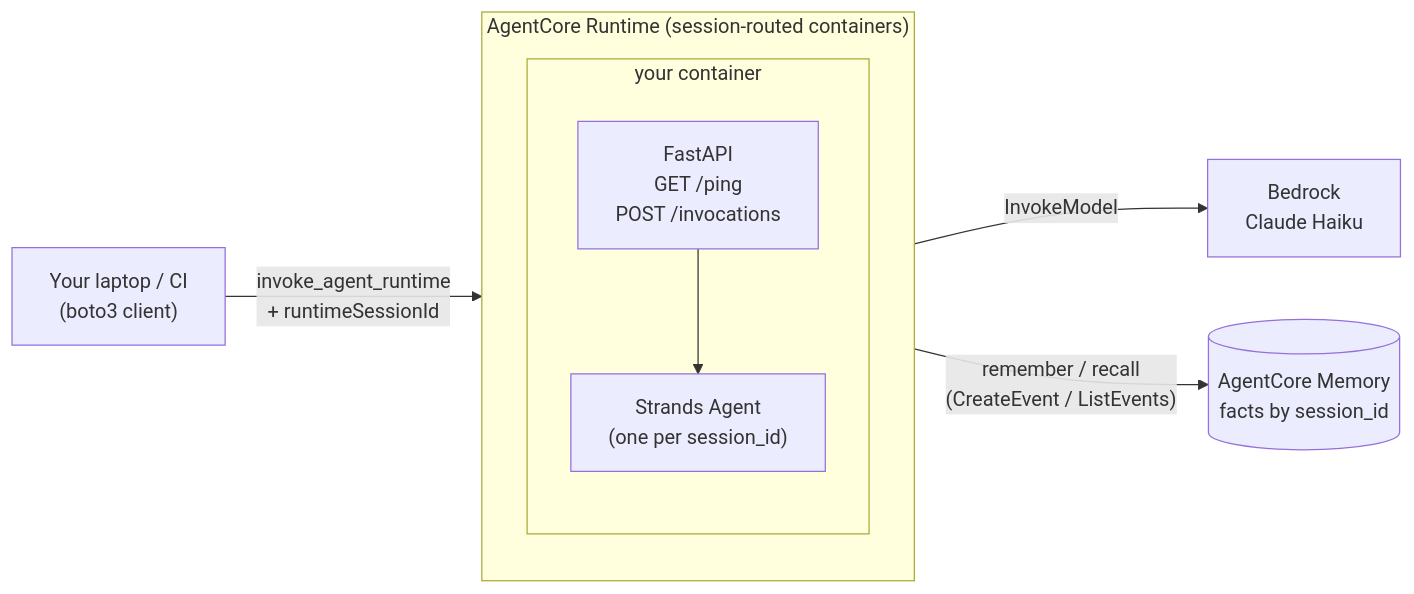
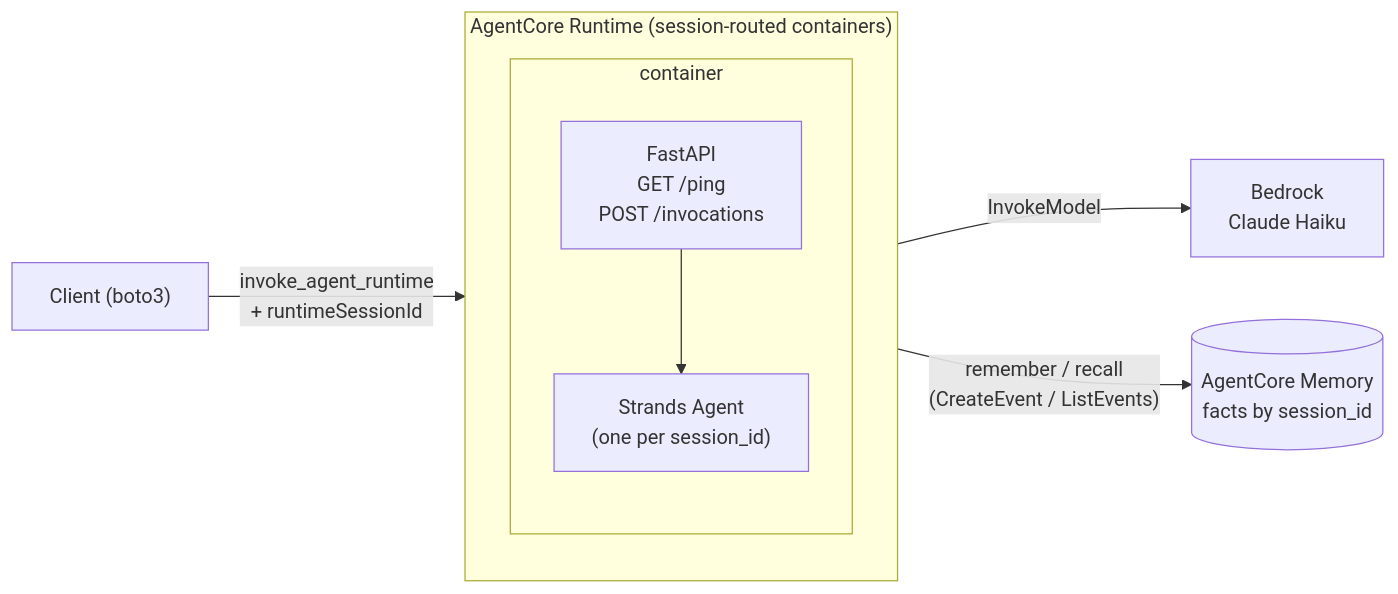
The diagram in README.md (glennbech/agentcore-strands), drawn with Mermaid before and after one commit. The commit also changed other lines of this file, not shown here.

````diff
--- a/README.md
+++ b/README.md
@@ -158,18 +153,18 @@
 ```mermaid
 flowchart LR
-    Client["Your laptop / CI<br/>(boto3 client)"]
+    Client["Client (boto3)"]
     subgraph Runtime["AgentCore Runtime (session-routed containers)"]
         direction TB
-        subgraph Container["your container"]
+        subgraph Container["container"]
             direction TB
             FastAPI["FastAPI<br/>GET /ping<br/>POST /invocations"]
             Strands["Strands Agent<br/>(one per session_id)"]
             FastAPI --> Strands
         end
     end
     Bedrock["Bedrock<br/>Claude Haiku"]
     Memory[("AgentCore Memory<br/>facts by session_id")]
     Client -- "invoke_agent_runtime<br/>+ runtimeSessionId" --> FastAPI
     Strands -- "InvokeModel" --> Bedrock
     Strands -- "remember / recall<br/>(CreateEvent / ListEvents)" --> Memory
 ```
````
